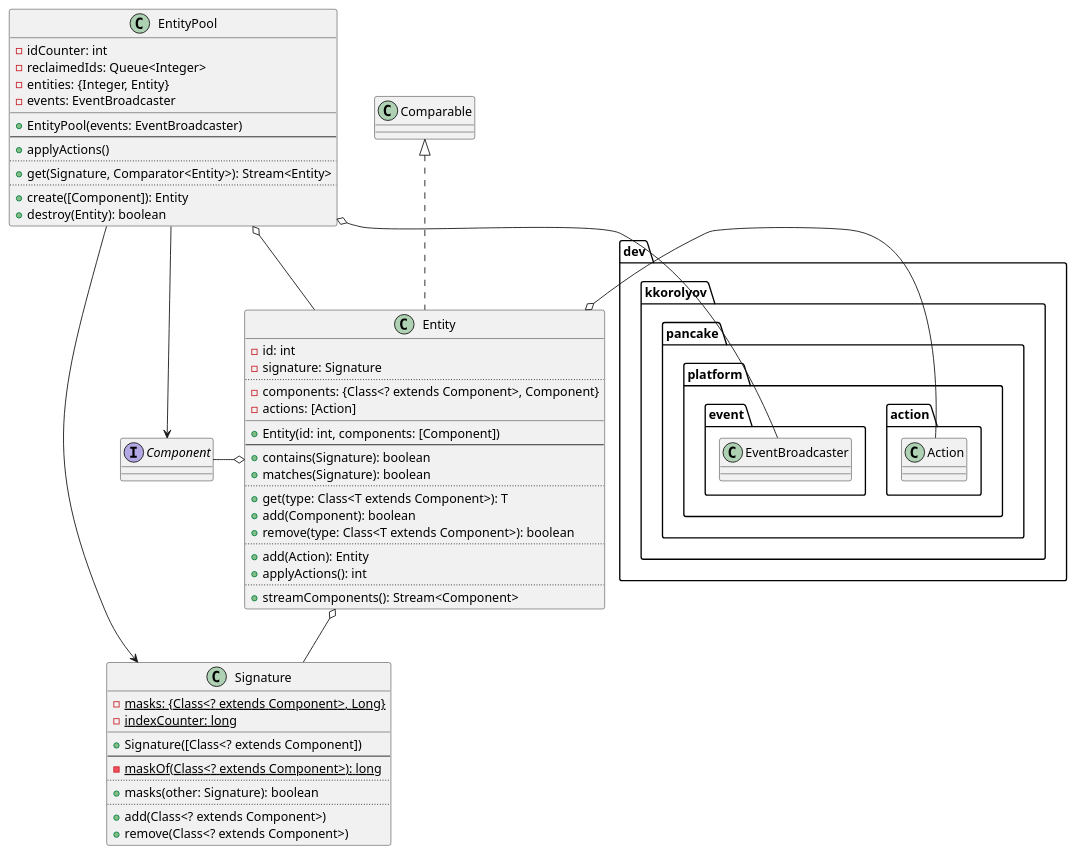
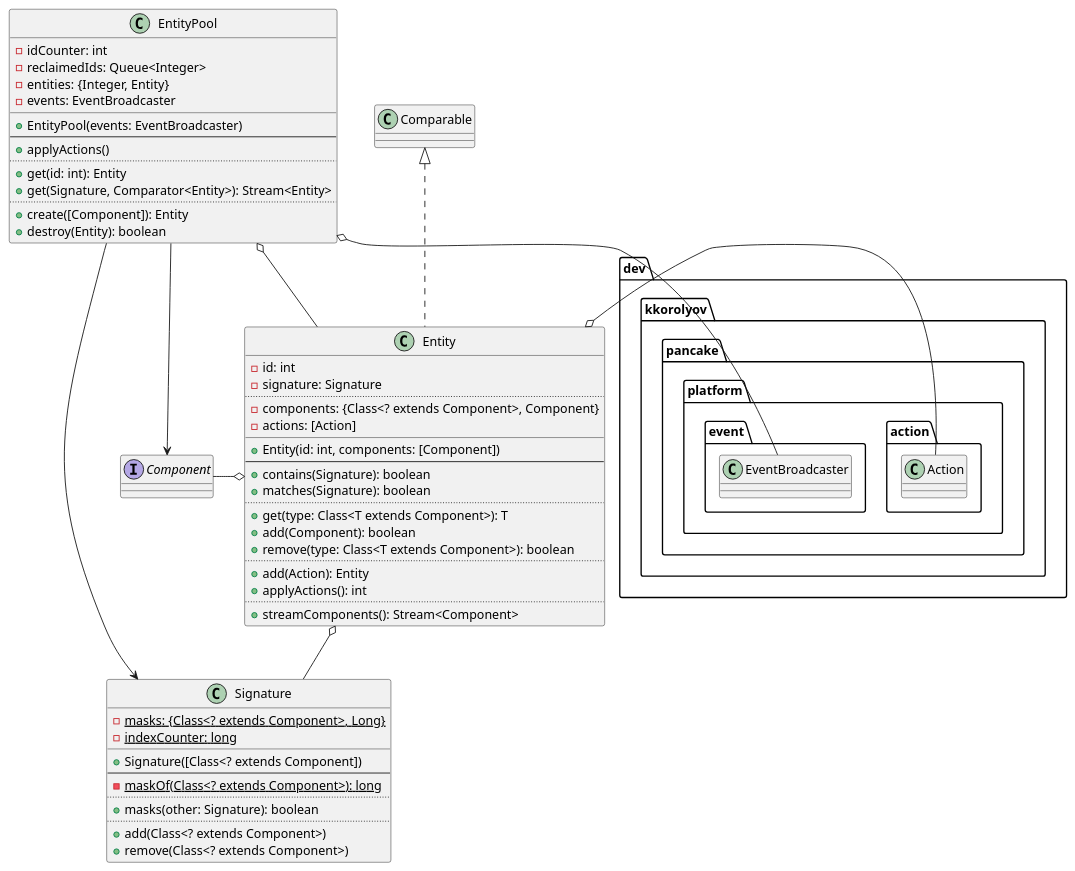
The diagram in docs/uml/pancake-platform/entity.class.puml (kkorolyov/pancake), drawn with PlantUML before and after one commit. The commit also changed 6 other files, not shown here.

```diff
--- a/docs/uml/pancake-platform/entity.class.puml
+++ b/docs/uml/pancake-platform/entity.class.puml
@@ -1,65 +1,66 @@
 @startuml
 
 interface Component
 
 class Entity {
 	-id: int
 	-signature: Signature
 	..
 	-components: {Class<? extends Component>, Component}
 	-actions: [Action]
 	__
 	+Entity(id: int, components: [Component])
 	--
 	+contains(Signature): boolean
 	+matches(Signature): boolean
 	..
 	+get(type: Class<T extends Component>): T
 	+add(Component): boolean
 	+remove(type: Class<T extends Component>): boolean
 	..
 	+add(Action): Entity
 	+applyActions(): int
 	..
 	+streamComponents(): Stream<Component>
 }
 Entity .u.|> Comparable
 Entity o-- Signature
 Entity o-l- Component
 Entity o- dev.kkorolyov.pancake.platform.action.Action
 
 class EntityPool {
 	-idCounter: int
 	-reclaimedIds: Queue<Integer>
 	-entities: {Integer, Entity}
 	-events: EventBroadcaster
 	__
 	+EntityPool(events: EventBroadcaster)
 	--
 	+applyActions()
 	..
+	+get(id: int): Entity
 	+get(Signature, Comparator<Entity>): Stream<Entity>
 	..
 	+create([Component]): Entity
 	+destroy(Entity): boolean
 }
 EntityPool o-- Entity
 EntityPool --> Component
 EntityPool --> Signature
 EntityPool o- dev.kkorolyov.pancake.platform.event.EventBroadcaster
 
 class Signature {
 	{static} -masks: {Class<? extends Component>, Long}
 	{static} -indexCounter: long
 	__
 	+Signature([Class<? extends Component])
 	--
 	{static} -maskOf(Class<? extends Component>): long
 	..
 	+masks(other: Signature): boolean
 	..
 	+add(Class<? extends Component>)
 	+remove(Class<? extends Component>)
 }
 
 @enduml
```
